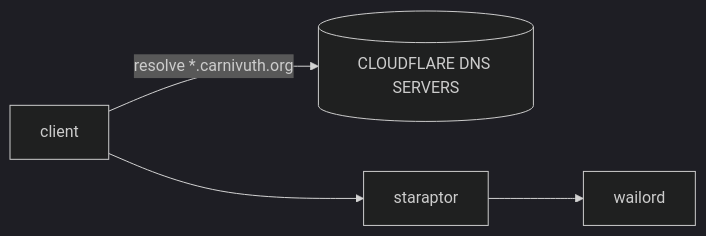
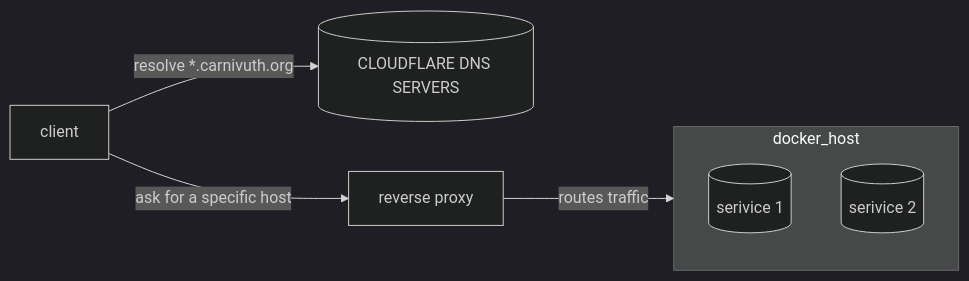
Before and after one commit to carnivuth/carnivuth_blog: the second of 2 diagrams in content/blog/cloudflare_dns_migration.md, drawn with Mermaid (dark theme). The commit also changed other lines of this file, not shown here.

````diff
--- a/content/blog/cloudflare_dns_migration.md
+++ b/content/blog/cloudflare_dns_migration.md
@@ -10,9 +35,12 @@
-```mermaid
+{{< mermaid >}}
 flowchart LR
 A[client]
 B[(CLOUDFLARE DNS SERVERS)]
-C[staraptor]
-D[wailord]
+C[reverse proxy]
+subgraph docker_host
+D[(serivice 1)]
+E[(serivice 2)]
+end
 A --resolve *.carnivuth.org--> B
-A --> C --> D
-```
+A -- ask for a specific host --> C --routes traffic--> docker_host
+{{< /mermaid >}}
````
